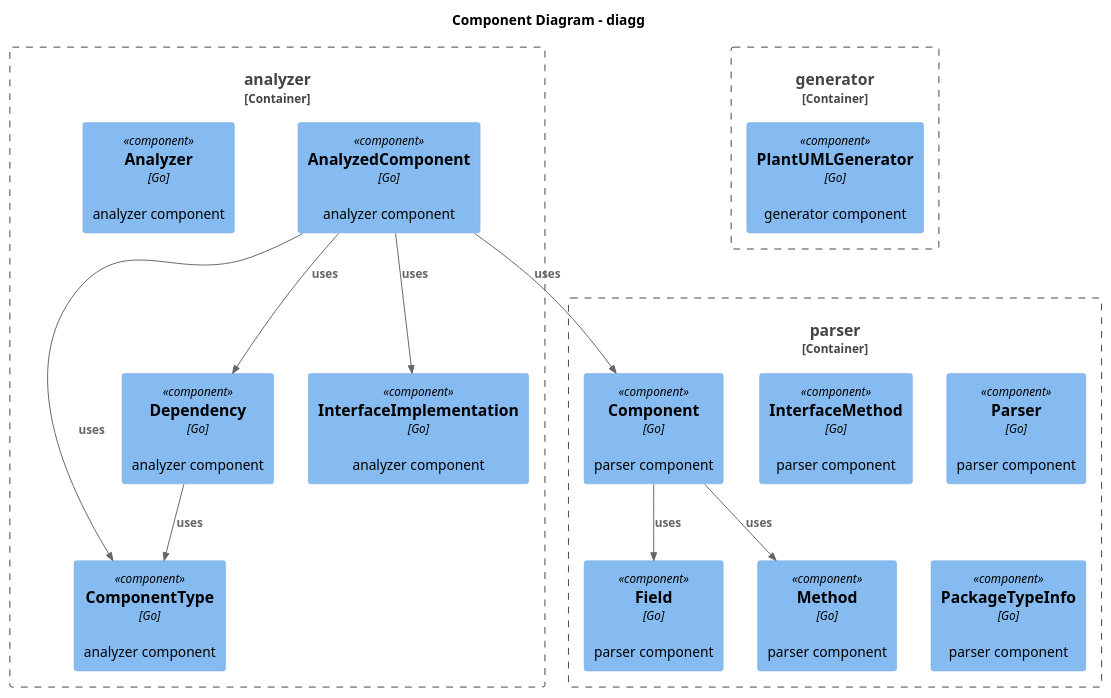
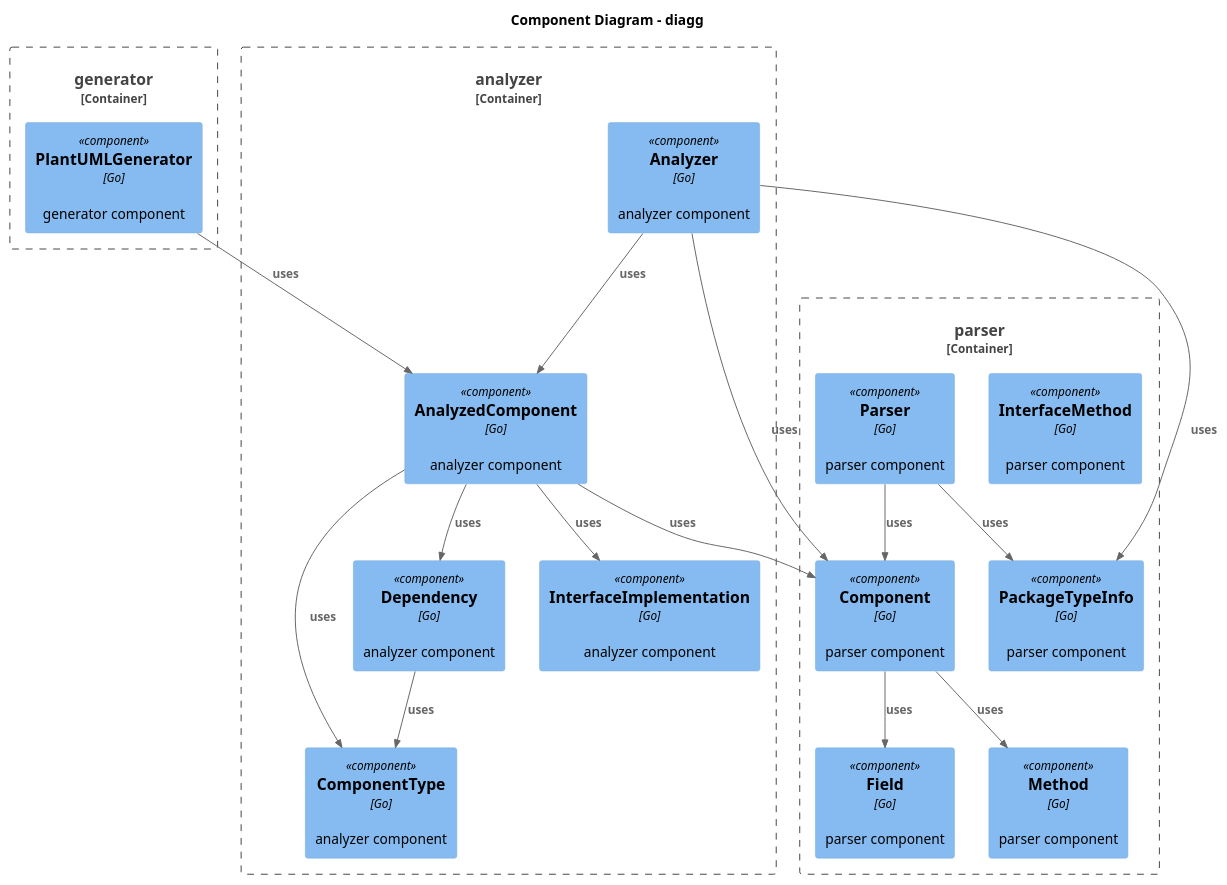
One commit to preslavrachev/diagg changed the diagram in diagram.puml. Above: the diagram before and after it, drawn with PlantUML. The commit also changed 5 other files, not shown here.

```diff
--- a/diagram.puml
+++ b/diagram.puml
@@ -1,36 +1,42 @@
 @startuml
 !include https://raw.githubusercontent.com/plantuml-stdlib/C4-PlantUML/master/C4_Component.puml
 
 title Component Diagram - diagg
+
+Container_Boundary(generator_boundary, "generator") {
+Component(PlantUMLGenerator, "PlantUMLGenerator", "Go", "generator component")
+}
 
 Container_Boundary(parser_boundary, "parser") {
 Component(Component, "Component", "Go", "parser component")
 Component(Field, "Field", "Go", "parser component")
 Component(Method, "Method", "Go", "parser component")
 Component(InterfaceMethod, "InterfaceMethod", "Go", "parser component")
 Component(Parser, "Parser", "Go", "parser component")
 Component(PackageTypeInfo, "PackageTypeInfo", "Go", "parser component")
 }
 
 Container_Boundary(analyzer_boundary, "analyzer") {
 Component(ComponentType, "ComponentType", "Go", "analyzer component")
 Component(AnalyzedComponent, "AnalyzedComponent", "Go", "analyzer component")
 Component(Dependency, "Dependency", "Go", "analyzer component")
 Component(InterfaceImplementation, "InterfaceImplementation", "Go", "analyzer component")
 Component(Analyzer, "Analyzer", "Go", "analyzer component")
 }
 
-Container_Boundary(generator_boundary, "generator") {
-Component(PlantUMLGenerator, "PlantUMLGenerator", "Go", "generator component")
-}
-
 
 Rel(Component, Field, "uses")
 Rel(Component, Method, "uses")
+Rel(Parser, Component, "uses")
+Rel(Parser, PackageTypeInfo, "uses")
 Rel(AnalyzedComponent, Component, "uses")
 Rel(AnalyzedComponent, ComponentType, "uses")
 Rel(AnalyzedComponent, Dependency, "uses")
 Rel(AnalyzedComponent, InterfaceImplementation, "uses")
 Rel(Dependency, ComponentType, "uses")
+Rel(Analyzer, Component, "uses")
+Rel(Analyzer, AnalyzedComponent, "uses")
+Rel(Analyzer, PackageTypeInfo, "uses")
+Rel(PlantUMLGenerator, AnalyzedComponent, "uses")
 
 @enduml
```
